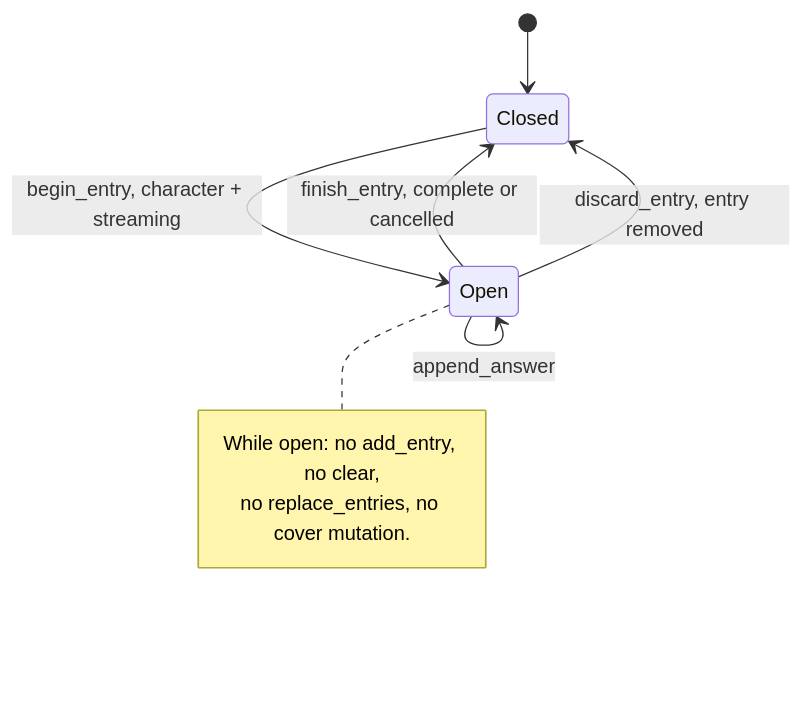
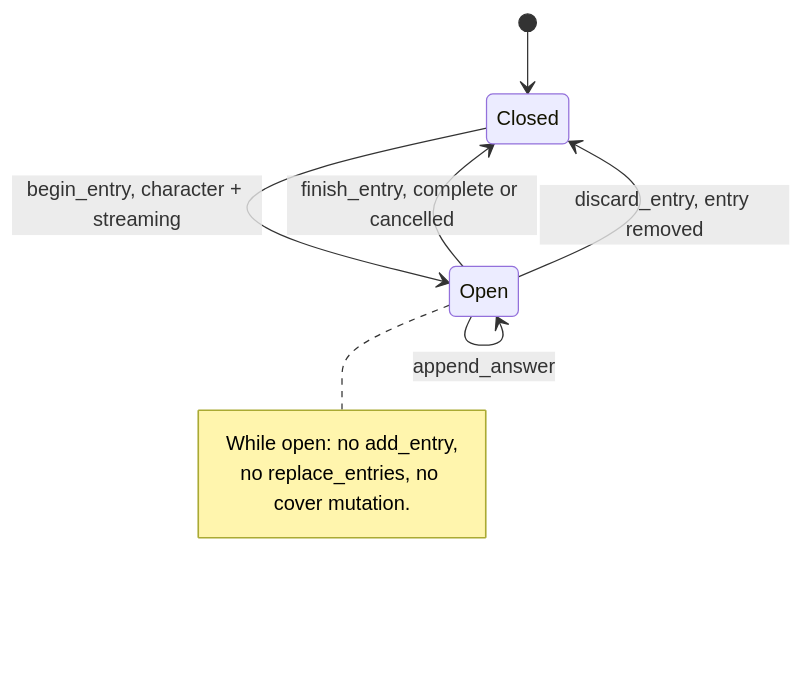
The second of 3 diagrams in src/chat/README.md (michaelpopov/cha), drawn with Mermaid before and after one commit. The commit also changed other lines of this file and 36 other files, not shown here.

````diff
--- a/src/chat/README.md
+++ b/src/chat/README.md
@@ -121,12 +116,12 @@
 ```mermaid
 stateDiagram-v2
     [*] --> Closed
     Closed --> Open: begin_entry, character + streaming
     Open --> Open: append_answer
     Open --> Closed: finish_entry, complete or cancelled
     Open --> Closed: discard_entry, entry removed
     note right of Open
-        While open: no add_entry, no clear,
+        While open: no add_entry,
         no replace_entries, no cover mutation.
     end note
 ```
````
